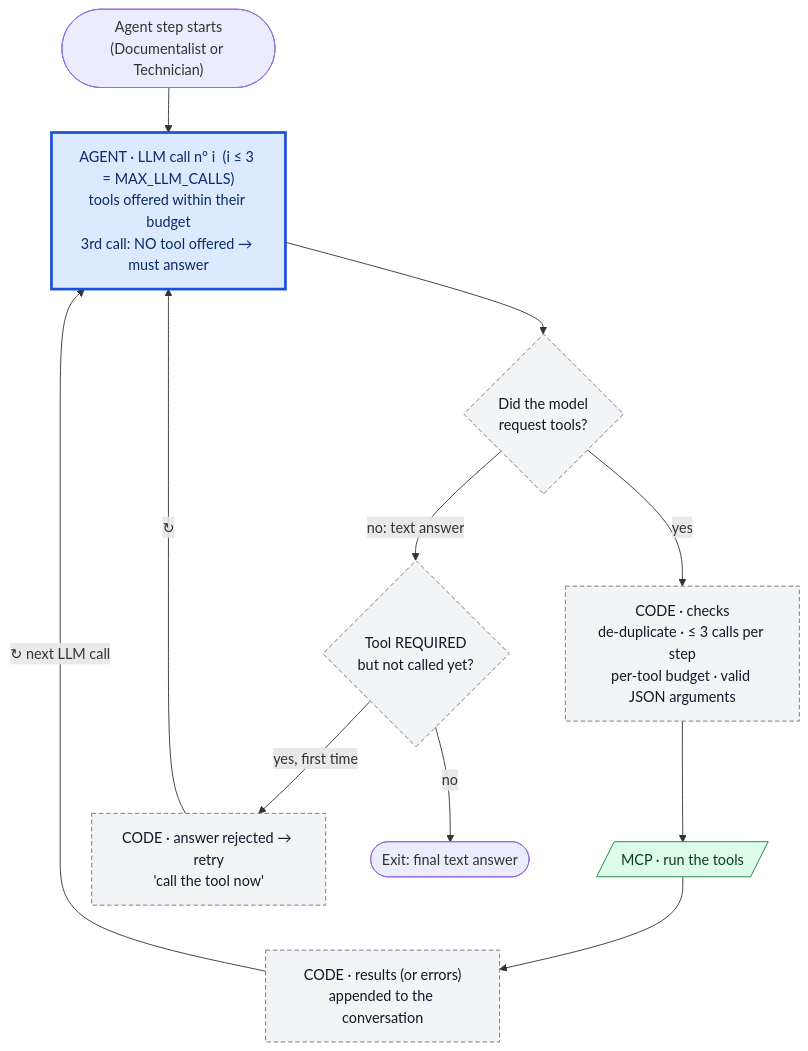
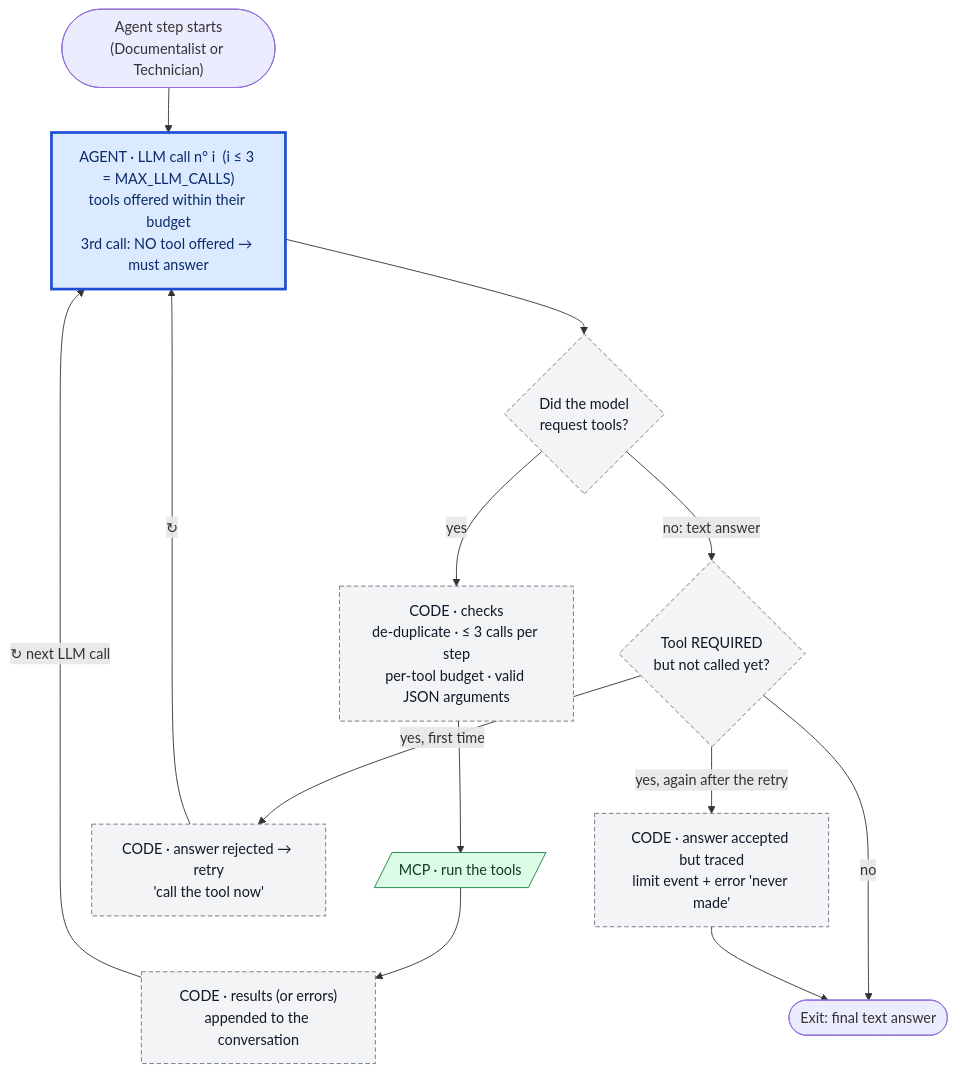
One commit to StephaneHe/HelloSupport changed the second of 2 diagrams in README.md. Above: the diagram before and after it, drawn with Mermaid. The commit also changed other lines of this file and 34 other files, not shown here.

````diff
--- a/README.md
+++ b/README.md
@@ -88,21 +91,23 @@
 ```mermaid
 flowchart TB
     S(["Agent step starts<br/>(Documentalist or Technician)"]) --> L
     L["AGENT · LLM call n° i  (i ≤ 3 = MAX_LLM_CALLS)<br/>tools offered within their budget<br/>3rd call: NO tool offered → must answer"]
     L --> Q1{"Did the model<br/>request tools?"}
     Q1 -->|"yes"| F["CODE · checks<br/>de-duplicate · ≤ 3 calls per step<br/>per-tool budget · valid JSON arguments"]
     F --> X[/"MCP · run the tools"/]
     X --> R["CODE · results (or errors)<br/>appended to the conversation"]
     R -->|"↻ next LLM call"| L
     Q1 -->|"no: text answer"| Q2{"Tool REQUIRED<br/>but not called yet?"}
     Q2 -->|"yes, first time"| REJ["CODE · answer rejected → retry<br/>'call the tool now'"]
     REJ -->|"↻"| L
     Q2 -->|"no"| OUT(["Exit: final text answer"])
+    Q2 -->|"yes, again after the retry"| ACC["CODE · answer accepted but traced<br/>limit event + error 'never made'"]
+    ACC --> OUT
 
     classDef agent fill:#dbeafe,stroke:#1d4ed8,stroke-width:3px,color:#0b2a6b
     classDef code fill:#f3f4f6,stroke:#6b7280,stroke-width:1px,stroke-dasharray:5 3,color:#111827
     classDef tool fill:#dcfce7,stroke:#15803d,color:#0f3d1f
     class L agent
-    class F,R,REJ,Q1,Q2 code
+    class F,R,REJ,ACC,Q1,Q2 code
     class X tool
 ```
````
